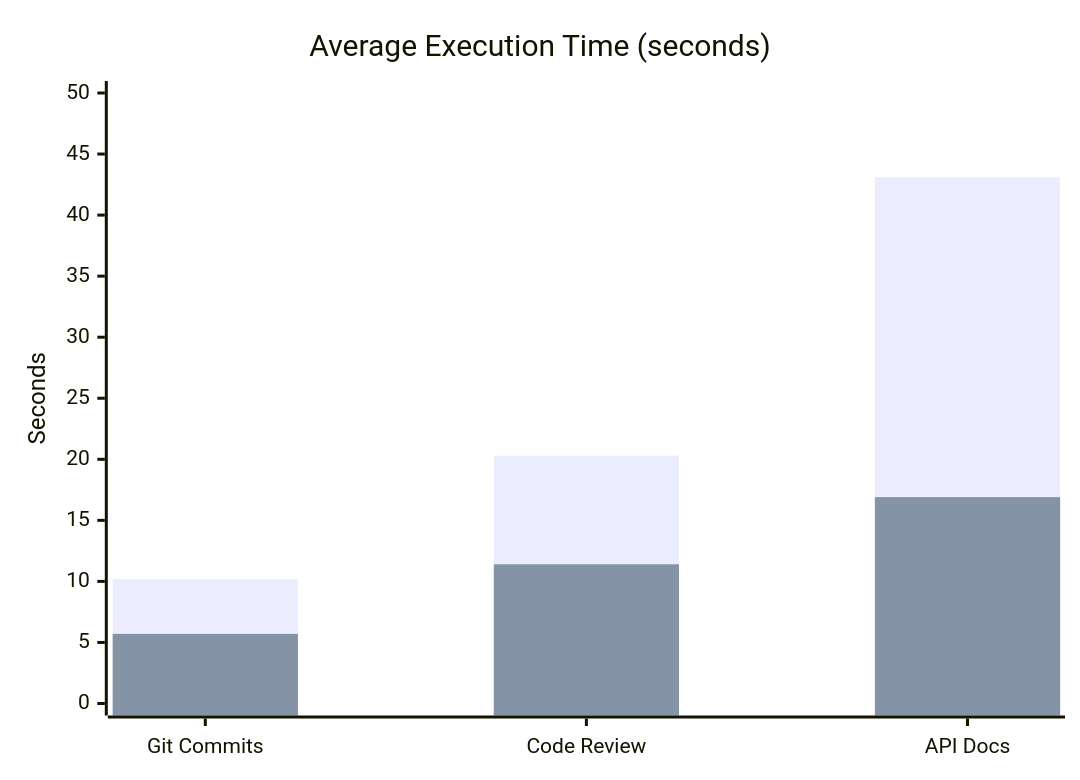
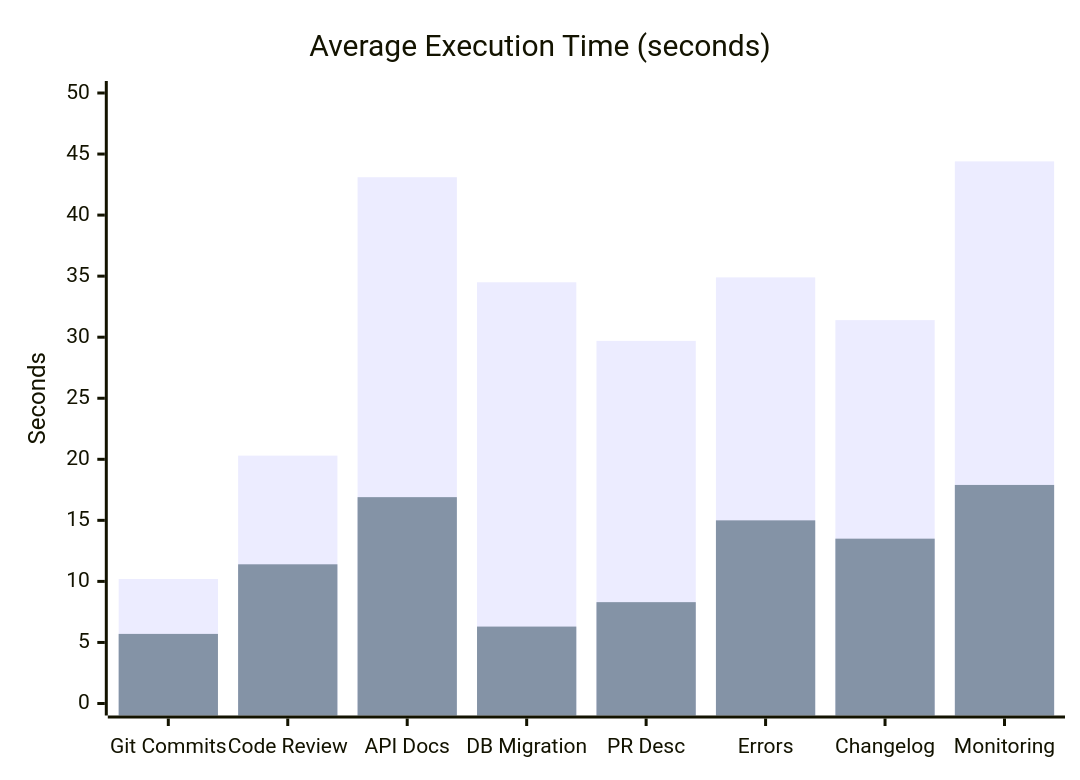
One commit to accolver/skill-maker changed the third of 3 diagrams in examples/README.md. Above: the diagram before and after it, drawn with Mermaid. The commit also changed other lines of this file and 339 other files, not shown here.

````diff
--- a/examples/README.md
+++ b/examples/README.md
@@ -65,8 +83,8 @@
 ```mermaid
 xychart-beta
     title "Average Execution Time (seconds)"
-    x-axis ["Git Commits", "Code Review", "API Docs"]
+    x-axis ["Git Commits", "Code Review", "API Docs", "DB Migration", "PR Desc", "Errors", "Changelog", "Monitoring"]
     y-axis "Seconds" 0 --> 50
-    bar [10.2, 20.3, 43.1]
-    bar [5.7, 11.4, 16.9]
+    bar [10.2, 20.3, 43.1, 34.5, 29.7, 34.9, 31.4, 44.4]
+    bar [5.7, 11.4, 16.9, 6.3, 8.3, 15.0, 13.5, 17.9]
 ```
````
